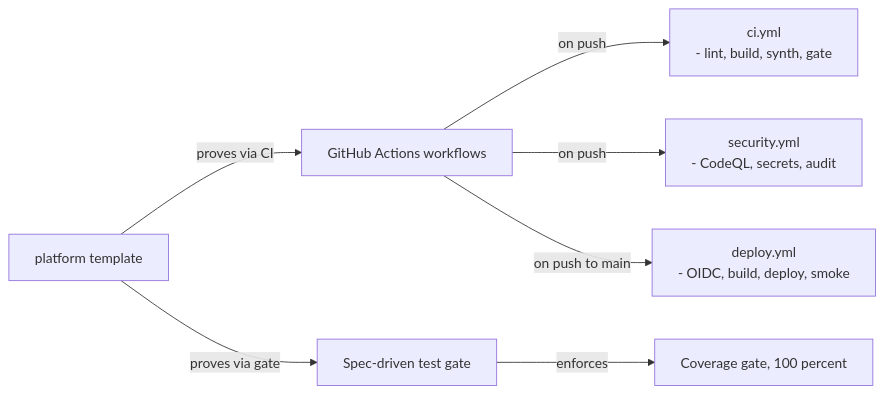
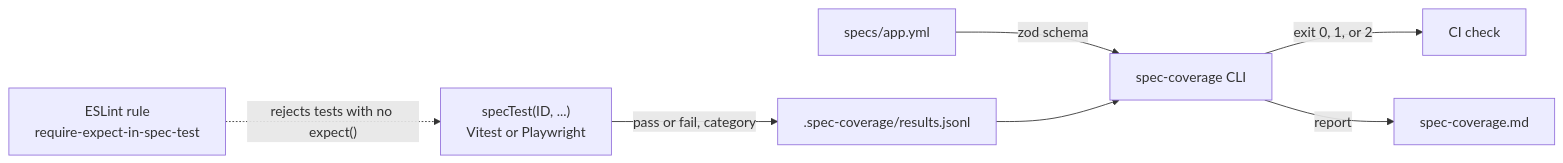
The third of 6 diagrams in README.md (elleskay/platform), drawn with Mermaid before and after one commit. The commit also changed other lines of this file, not shown here.

````diff
--- a/README.md
+++ b/README.md
@@ -138,9 +187,9 @@
 ```mermaid
 flowchart LR
-  P["platform template"] -->|"proves via CI"| CI["GitHub Actions workflows"]
-  P -->|"proves via gate"| SPEC["Spec-driven test gate"]
-  CI -->|"on push"| CIW["ci.yml<br/>- lint, build, synth, gate"]
-  CI -->|"on push"| SECW["security.yml<br/>- CodeQL, secrets, audit"]
-  CI -->|"on push to main"| DEPW["deploy.yml<br/>- OIDC, build, deploy, smoke"]
-  SPEC -->|"enforces"| GATE["Coverage gate, 100 percent"]
+  SPEC["specs/app.yml"] -->|"zod schema"| CLI["spec-coverage CLI"]
+  TEST["specTest(ID, ...)<br/>Vitest or Playwright"] -->|"pass or fail, category"| JSONL[".spec-coverage/results.jsonl"]
+  JSONL --> CLI
+  RULE["ESLint rule<br/>require-expect-in-spec-test"] -.->|"rejects tests with no expect()"| TEST
+  CLI -->|"exit 0, 1, or 2"| CHECK["CI check"]
+  CLI -->|"report"| MD["spec-coverage.md"]
 ```
````
